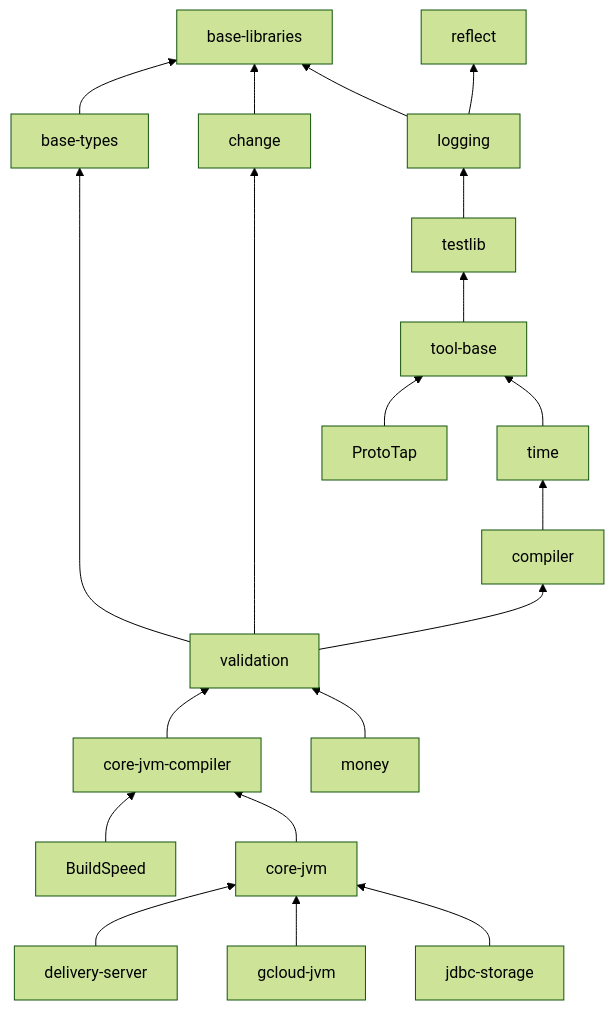
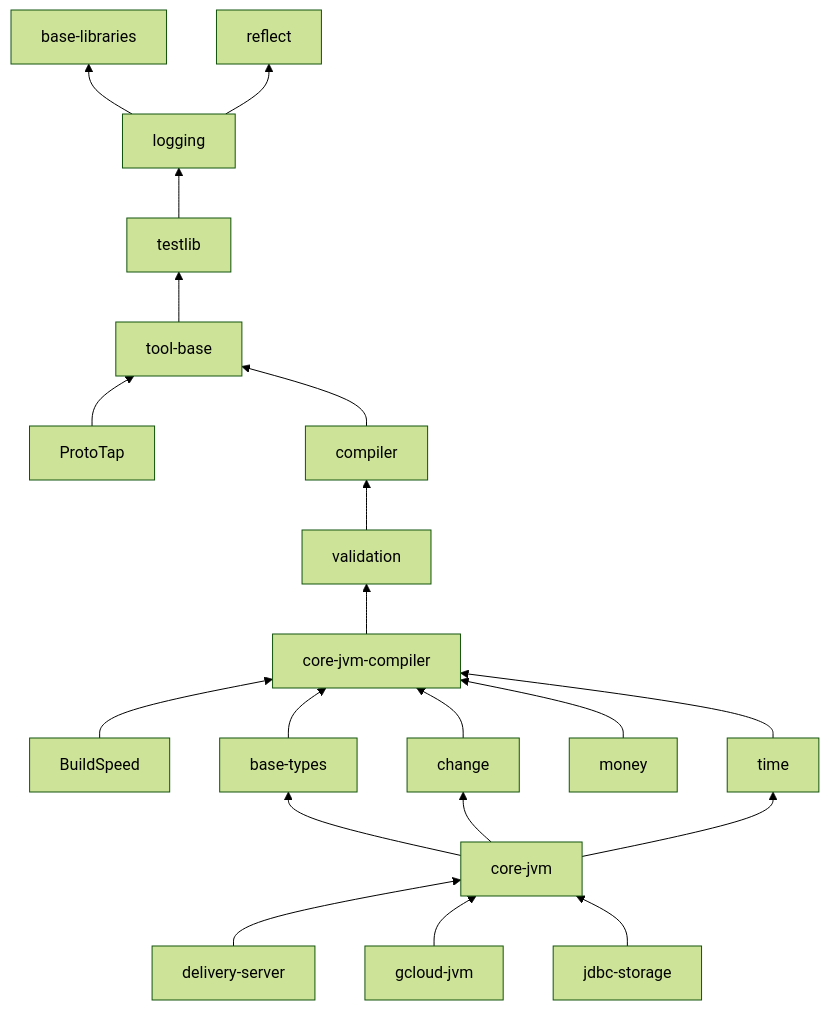
One commit to SpineEventEngine/summit changed the first of 3 diagrams in docs/dependency-graph.md. Above: the diagram before and after it, drawn with Mermaid (forest theme). The commit also changed other lines of this file and 1 other file, not shown here.

````diff
--- a/docs/dependency-graph.md
+++ b/docs/dependency-graph.md
@@ -64,22 +73,22 @@
 ```mermaid
 flowchart BT
-    base-types --> base-libraries
-    change --> base-libraries
     logging --> base-libraries
-    validation --> base-types
-    validation --> change
+    core-jvm --> base-types
+    core-jvm --> change
     validation --> compiler
     delivery-server --> core-jvm
     gcloud-jvm --> core-jvm
     jdbc-storage --> core-jvm
     BuildSpeed --> core-jvm-compiler
-    core-jvm --> core-jvm-compiler
+    base-types --> core-jvm-compiler
+    change --> core-jvm-compiler
+    money --> core-jvm-compiler
+    time --> core-jvm-compiler
     testlib --> logging
     logging --> reflect
     tool-base --> testlib
-    compiler --> time
+    core-jvm --> time
     ProtoTap --> tool-base
-    time --> tool-base
+    compiler --> tool-base
     core-jvm-compiler --> validation
-    money --> validation
 ```
````
